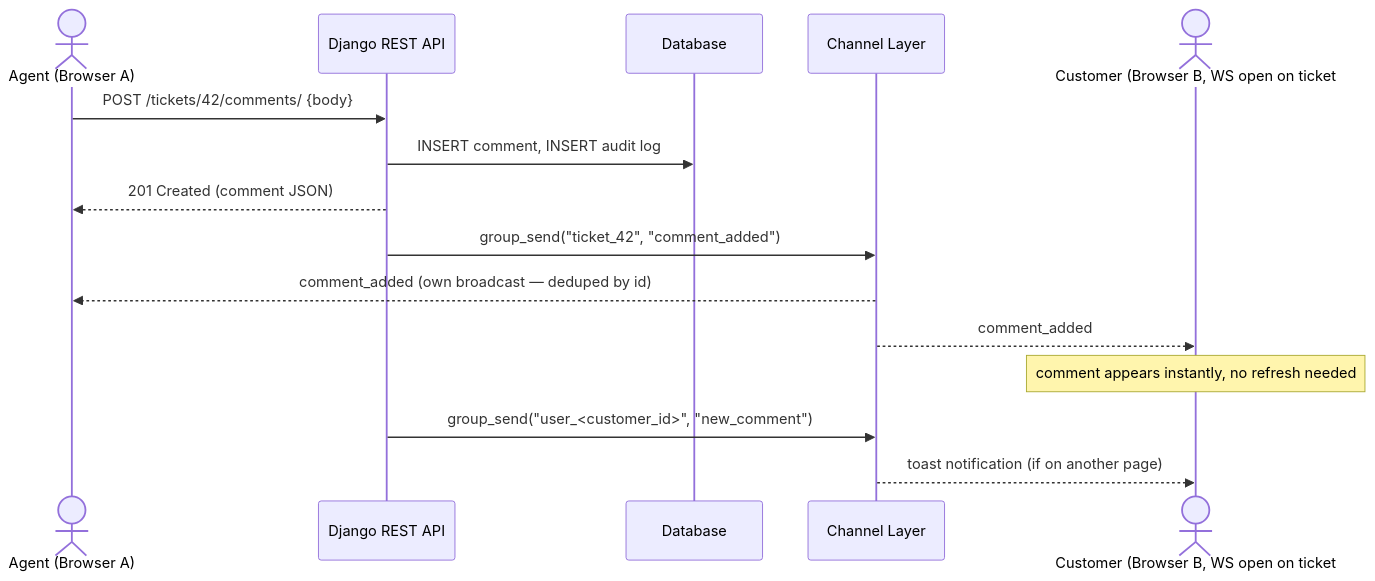
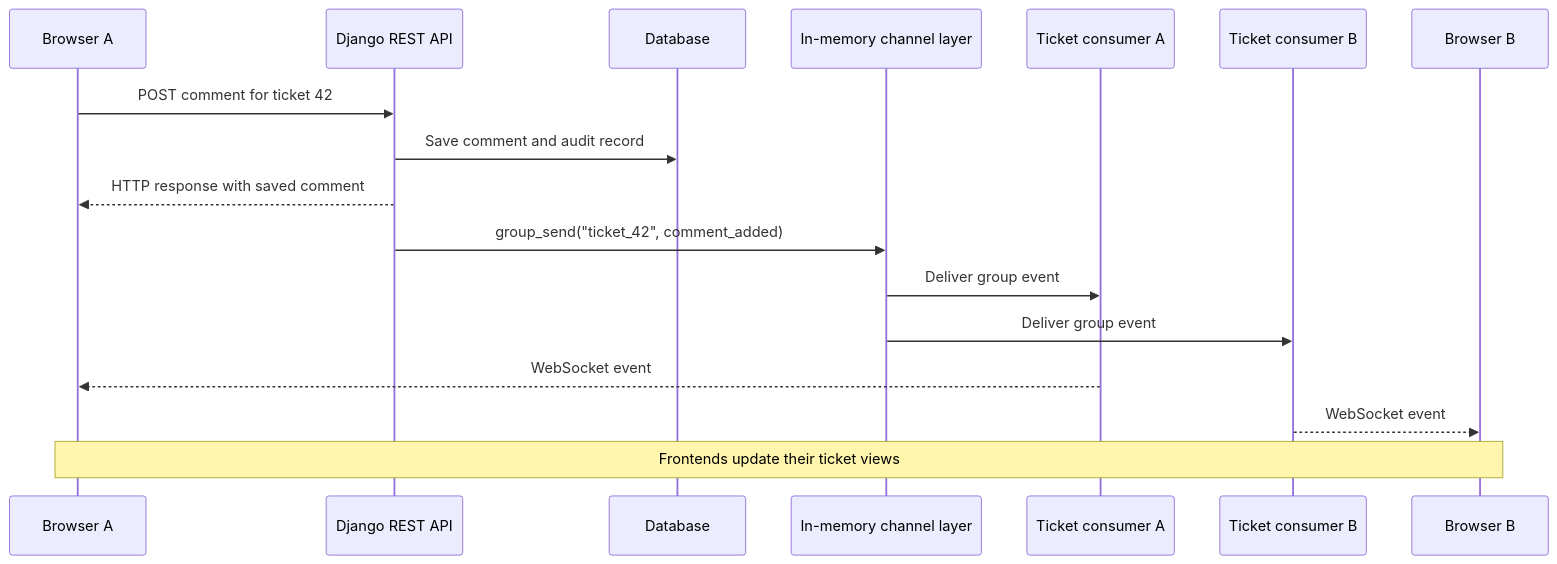
The third of 4 diagrams in README.md (Tri27sen/HelpDesk), drawn with Mermaid before and after one commit. The commit also changed other lines of this file, not shown here.

````diff
--- a/README.md
+++ b/README.md
@@ -166,18 +97,20 @@
 ```mermaid
 sequenceDiagram
-    actor Agent as Agent (Browser A)
+    participant A as Browser A
     participant API as Django REST API
     participant DB as Database
-    participant CL as Channel Layer
-    actor Cust as Customer (Browser B, WS open on ticket #42)
+    participant CL as In-memory channel layer
+    participant CA as Ticket consumer A
+    participant CB as Ticket consumer B
+    participant B as Browser B
 
-    Agent->>API: POST /tickets/42/comments/ {body}
-    API->>DB: INSERT comment, INSERT audit log
-    API-->>Agent: 201 Created (comment JSON)
-    API->>CL: group_send("ticket_42", "comment_added")
-    CL-->>Agent: comment_added (own broadcast — deduped by id)
-    CL-->>Cust: comment_added
-    Note over Cust: comment appears instantly, no refresh needed
-    API->>CL: group_send("user_<customer_id>", "new_comment")
-    CL-->>Cust: toast notification (if on another page)
+    A->>API: POST comment for ticket 42
+    API->>DB: Save comment and audit record
+    API-->>A: HTTP response with saved comment
+    API->>CL: group_send("ticket_42", comment_added)
+    CL->>CA: Deliver group event
+    CL->>CB: Deliver group event
+    CA-->>A: WebSocket event
+    CB-->>B: WebSocket event
+    Note over A,B: Frontends update their ticket views
 ```
````
